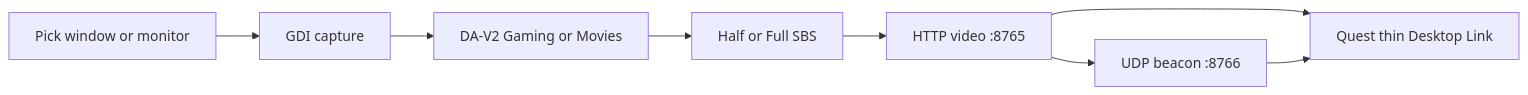
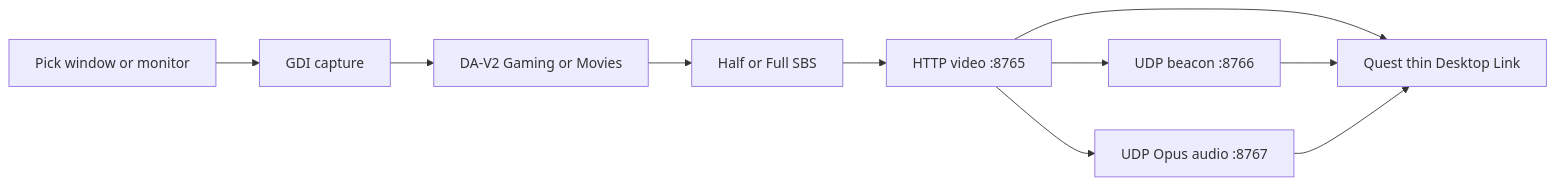
The diagram in docs/DESKTOP.md (saogalaxy/SpatialLauncher), drawn with Mermaid before and after one commit. The commit also changed other lines of this file and 15 other files, not shown here.

First line of the commit message:
Restore Desktop Link headset audio with low-latency Opus UDP.

````diff
--- a/docs/DESKTOP.md
+++ b/docs/DESKTOP.md
@@ -25,13 +25,15 @@
 ```mermaid
 flowchart LR
   pick[Pick window or monitor]
   cap[GDI capture]
   depth[DA-V2 Gaming or Movies]
   sbs[Half or Full SBS]
   http[HTTP video :8765]
   udp[UDP beacon :8766]
+  aud[UDP Opus audio :8767]
   quest[Quest thin Desktop Link]
   pick --> cap --> depth --> sbs --> http --> quest
   http --> udp
   udp --> quest
+  http --> aud --> quest
 ```
````
